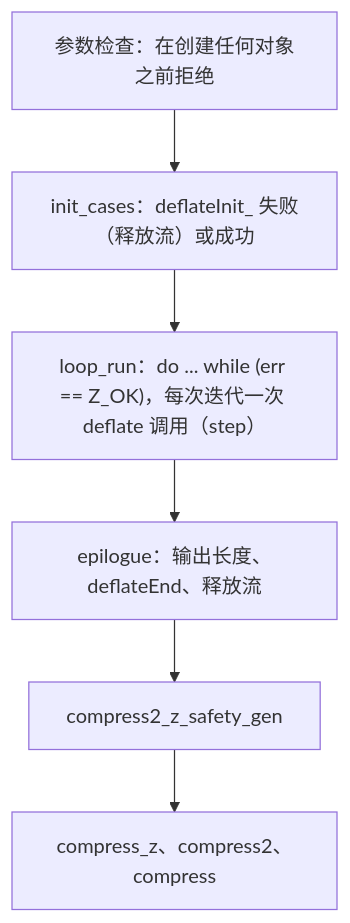
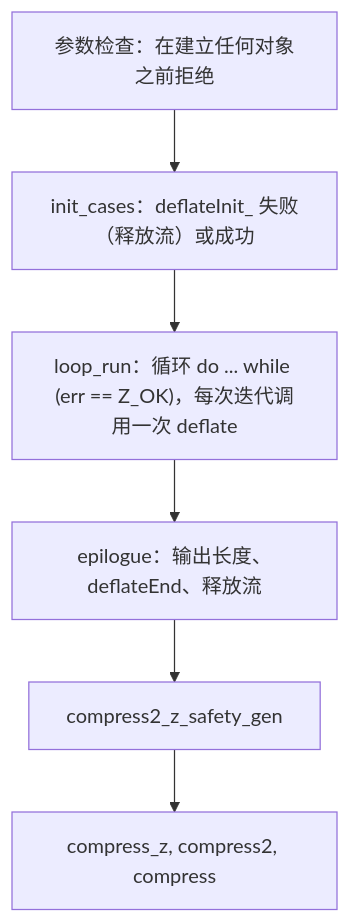
Before and after one commit to cla7aye15I4nd/oss-proof: the diagram in docs/proof/compress-safety.zh.md, drawn with Mermaid. The commit also changed other lines of this file and 5 other files, not shown here.

````diff
--- a/docs/proof/compress-safety.zh.md
+++ b/docs/proof/compress-safety.zh.md
@@ -40,8 +42,8 @@
 ```mermaid
 flowchart TD
-  args["参数检查：在创建任何对象之前拒绝"] --> init
+  args["参数检查：在建立任何对象之前拒绝"] --> init
   init["init_cases：deflateInit_ 失败（释放流）或成功"] --> loop
-  loop["loop_run：do ... while (err == Z_OK)，每次迭代一次 deflate 调用（step）"] --> epi
+  loop["loop_run：循环 do ... while (err == Z_OK)，每次迭代调用一次 deflate"] --> epi
   epi["epilogue：输出长度、deflateEnd、释放流"] --> z["compress2_z_safety_gen"]
-  z --> w["compress_z、compress2、compress"]
+  z --> w["compress_z, compress2, compress"]
 ```
````
